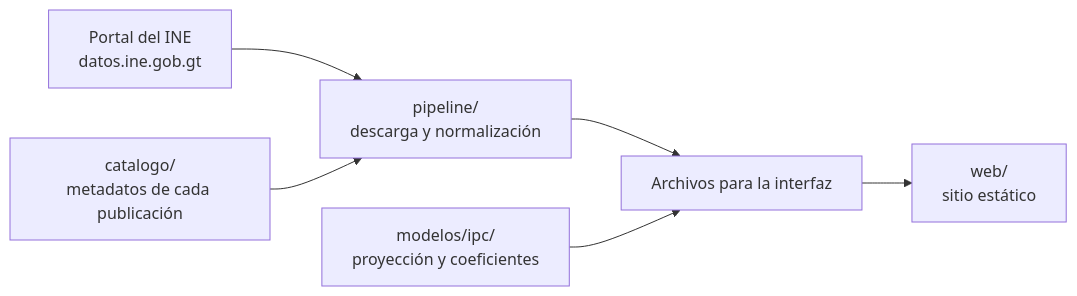
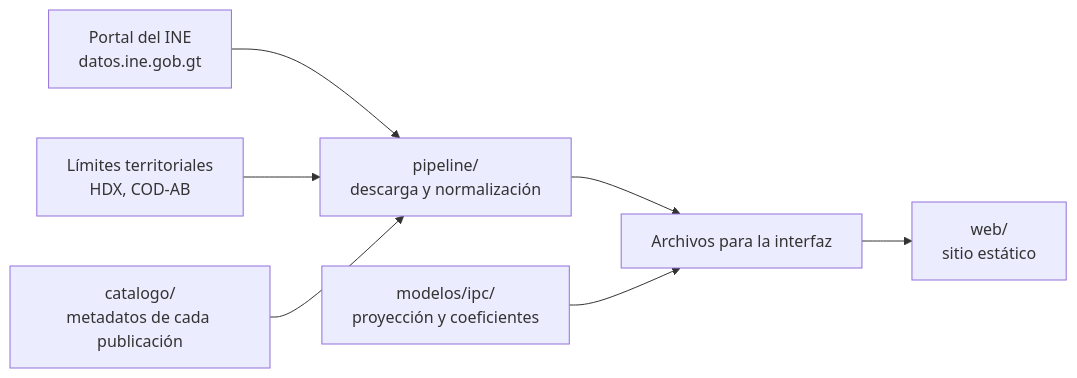
The diagram in docs/arquitectura.md (jurhs2000/datatomicos), drawn with Mermaid before and after one commit. The commit also changed other lines of this file and 3 other files, not shown here.

````diff
--- a/docs/arquitectura.md
+++ b/docs/arquitectura.md
@@ -7,8 +7,9 @@
 ```mermaid
 flowchart LR
     P[Portal del INE<br>datos.ine.gob.gt] --> PL[pipeline/<br>descarga y normalización]
+    H[Límites territoriales<br>HDX, COD-AB] --> PL
     C[catalogo/<br>metadatos de cada publicación] --> PL
     PL --> D[Archivos para la interfaz]
     M[modelos/ipc/<br>proyección y coeficientes] --> D
     D --> W[web/<br>sitio estático]
 ```
````
